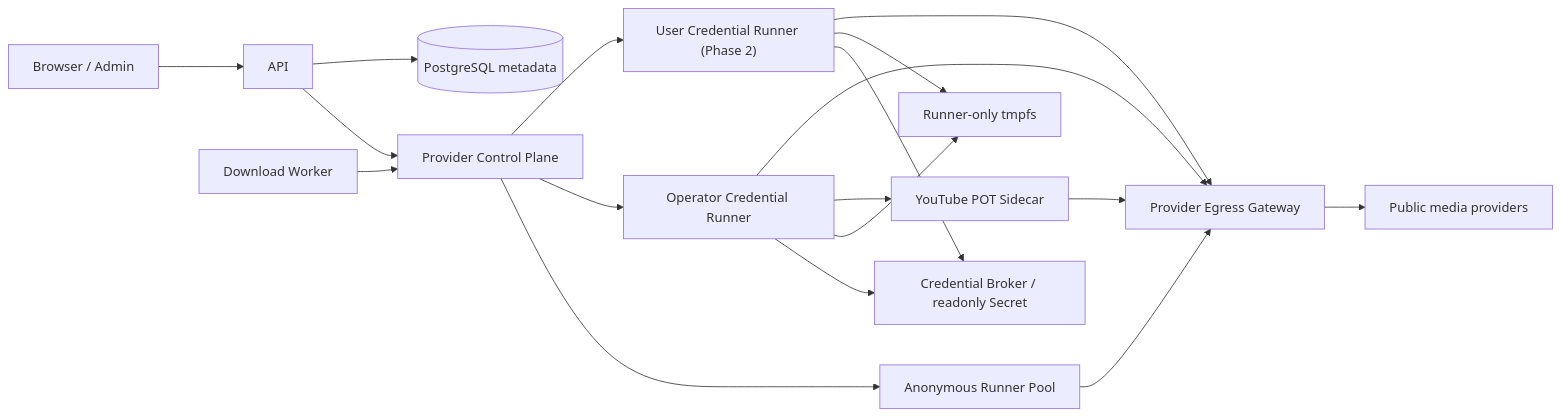
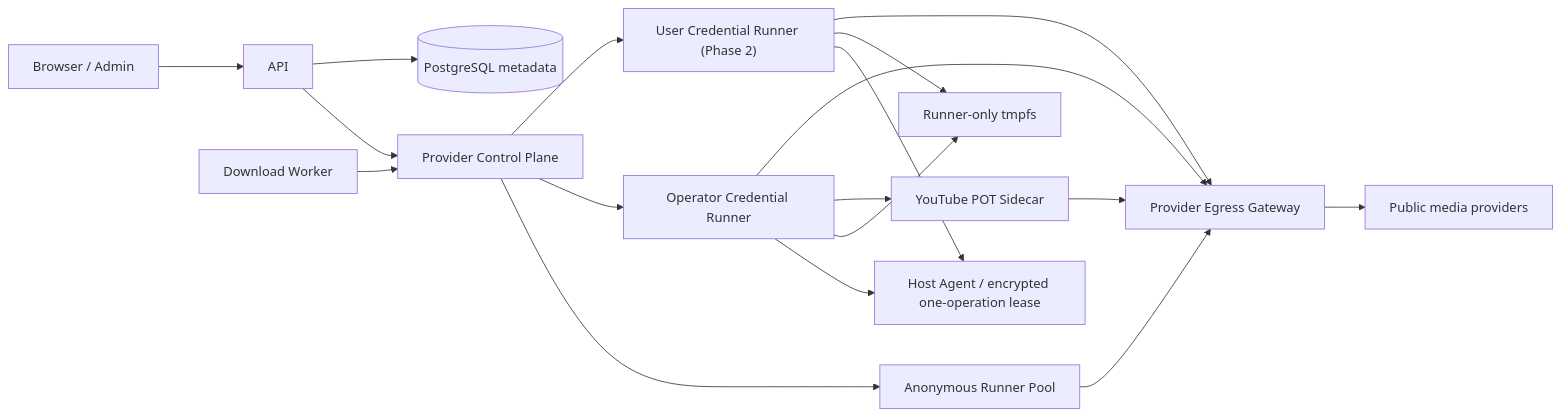
Before and after one commit to StephenQiu30/video-server: the first of 2 diagrams in docs/design/005-多平台Provider策略设计.md, drawn with Mermaid. The commit also changed other lines of this file and 142 other files, not shown here.

````diff
--- a/docs/design/005-多平台Provider策略设计.md
+++ b/docs/design/005-多平台Provider策略设计.md
@@ -82,20 +82,20 @@
 ```mermaid
 flowchart LR
     B["Browser / Admin"] --> API["API"]
     API --> CP["Provider Control Plane"]
     API --> DB[("PostgreSQL metadata")]
     W["Download Worker"] --> CP
     CP --> A["Anonymous Runner Pool"]
     CP --> O["Operator Credential Runner"]
     CP --> U["User Credential Runner (Phase 2)"]
-    O --> BR["Credential Broker / readonly Secret"]
+    O --> BR["Host Agent / encrypted one-operation lease"]
     U --> BR
     O --> TMP["Runner-only tmpfs"]
     U --> TMP
     O --> POT["YouTube POT Sidecar"]
     A --> E["Provider Egress Gateway"]
     O --> E
     U --> E
     POT --> E
     E --> P["Public media providers"]
 ```
````
